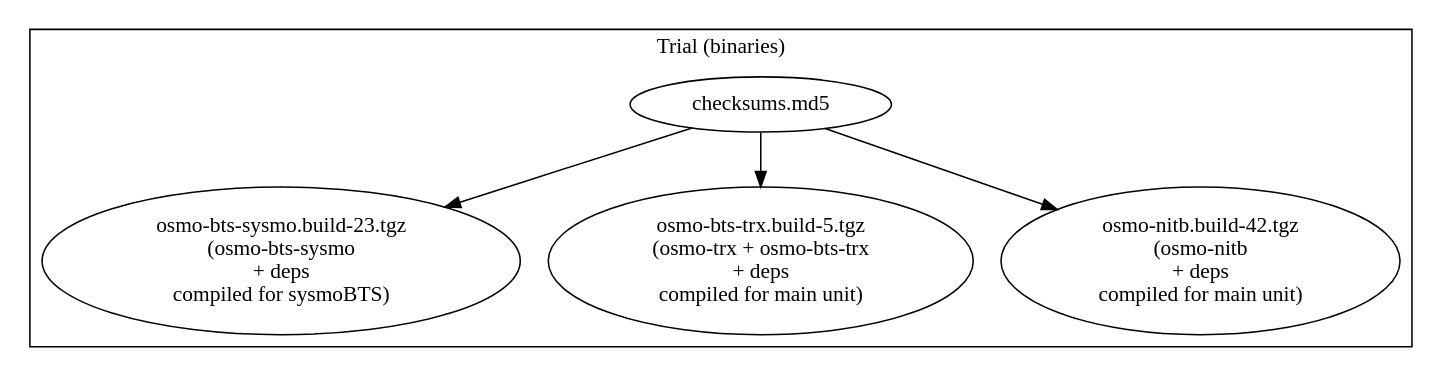
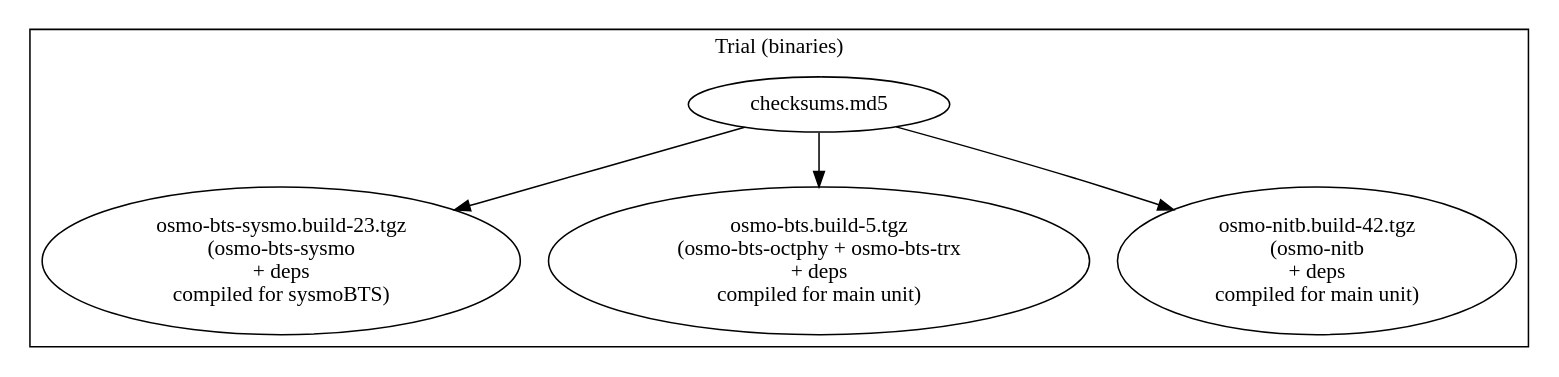
Before and after one commit to osmocom/osmo-gsm-tester: the third of 3 diagrams in doc/manuals/chapters/intro.adoc, drawn with Graphviz.

Commit message:
OsmoGSMTester: Update trial graph with current data
The osmo-bts-trx tgz doesn't exist anymore and it does not contain
osmo-trx, which comes in its own tgz.

```diff
--- a/doc/manuals/chapters/intro.adoc
+++ b/doc/manuals/chapters/intro.adoc
@@ -143,14 +143,14 @@
 [graphviz]
 ----
 digraph G {
 	subgraph cluster_trial {
 		label = "Trial (binaries)"
 		sysmo [label="osmo-bts-sysmo.build-23.tgz\n(osmo-bts-sysmo\n+ deps\ncompiled for sysmoBTS)"]
-		trx [label="osmo-bts-trx.build-5.tgz\n(osmo-trx + osmo-bts-trx\n+ deps\ncompiled for main unit)"]
+		trx [label="osmo-bts.build-5.tgz\n(osmo-bts-octphy + osmo-bts-trx\n+ deps\ncompiled for main unit)"]
 		nitb [label="osmo-nitb.build-42.tgz\n(osmo-nitb\n+ deps\ncompiled for main unit)"]
 		checksums [label="checksums.md5"]
 
 		checksums -> {sysmo trx nitb}
 	}
 }
 ----
```
